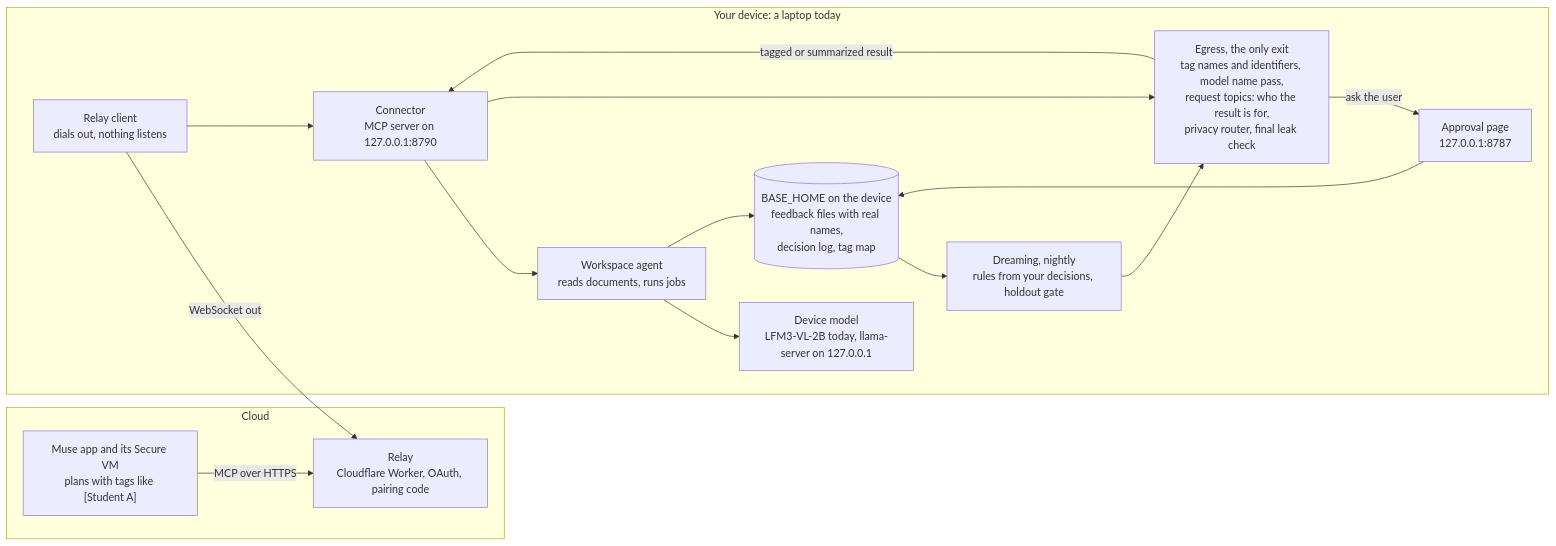
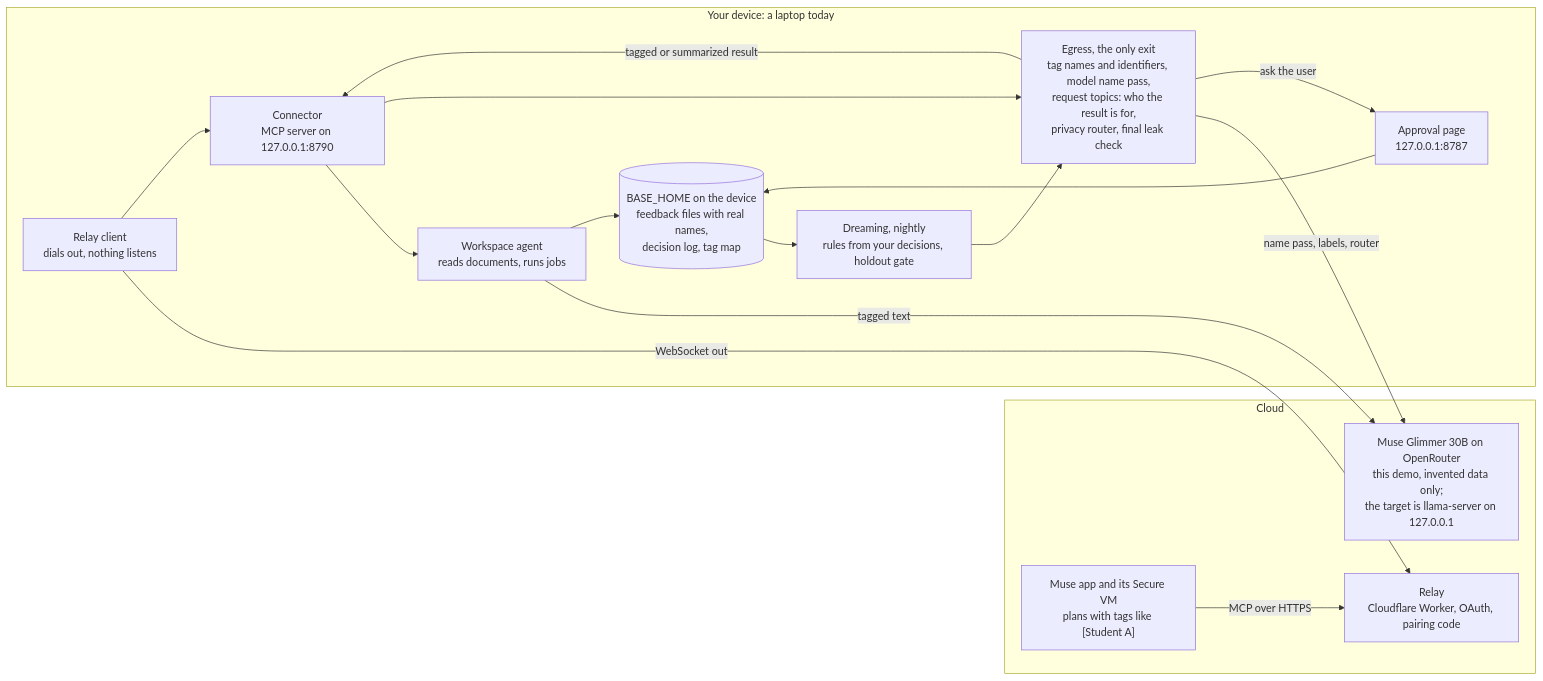
One commit to Offline-Base/muse-muse changed the diagram in privacy/README.md. Above: the diagram before and after it, drawn with Mermaid. The commit also changed other lines of this file and 46 other files, not shown here.

First line of the commit message:
Muse Privacy: Meta models only (Nov 2 ruling), Muse Glimmer by default

````diff
--- a/privacy/README.md
+++ b/privacy/README.md
@@ -41,29 +41,30 @@
 ```mermaid
 flowchart LR
   subgraph cloud["Cloud"]
     muse["Muse app and its Secure VM<br/>plans with tags like [Student A]"]
     relay["Relay<br/>Cloudflare Worker, OAuth, pairing code"]
+    model["Muse Glimmer 30B on OpenRouter<br/>this demo, invented data only;<br/>the target is llama-server on 127.0.0.1"]
   end
   subgraph device["Your device: a laptop today"]
     client["Relay client<br/>dials out, nothing listens"]
     conn["Connector<br/>MCP server on 127.0.0.1:8790"]
     agent["Workspace agent<br/>reads documents, runs jobs"]
-    model["Device model<br/>LFM3-VL-2B today, llama-server on 127.0.0.1"]
     egress["Egress, the only exit<br/>tag names and identifiers, model name pass,<br/>request topics: who the result is for,<br/>privacy router, final leak check"]
     page["Approval page<br/>127.0.0.1:8787"]
     home[("BASE_HOME on the device<br/>feedback files with real names,<br/>decision log, tag map")]
     dream["Dreaming, nightly<br/>rules from your decisions, holdout gate"]
   end
   muse -- "MCP over HTTPS" --> relay
   client -- "WebSocket out" --> relay
   client --> conn
   conn --> agent
-  agent --> model
+  agent -- "tagged text" --> model
+  egress -- "name pass, labels, router" --> model
   agent --> home
   conn --> egress
   egress -- "ask the user" --> page
   page --> home
   home --> dream
   dream --> egress
   egress -- "tagged or summarized result" --> conn
 ```
````
